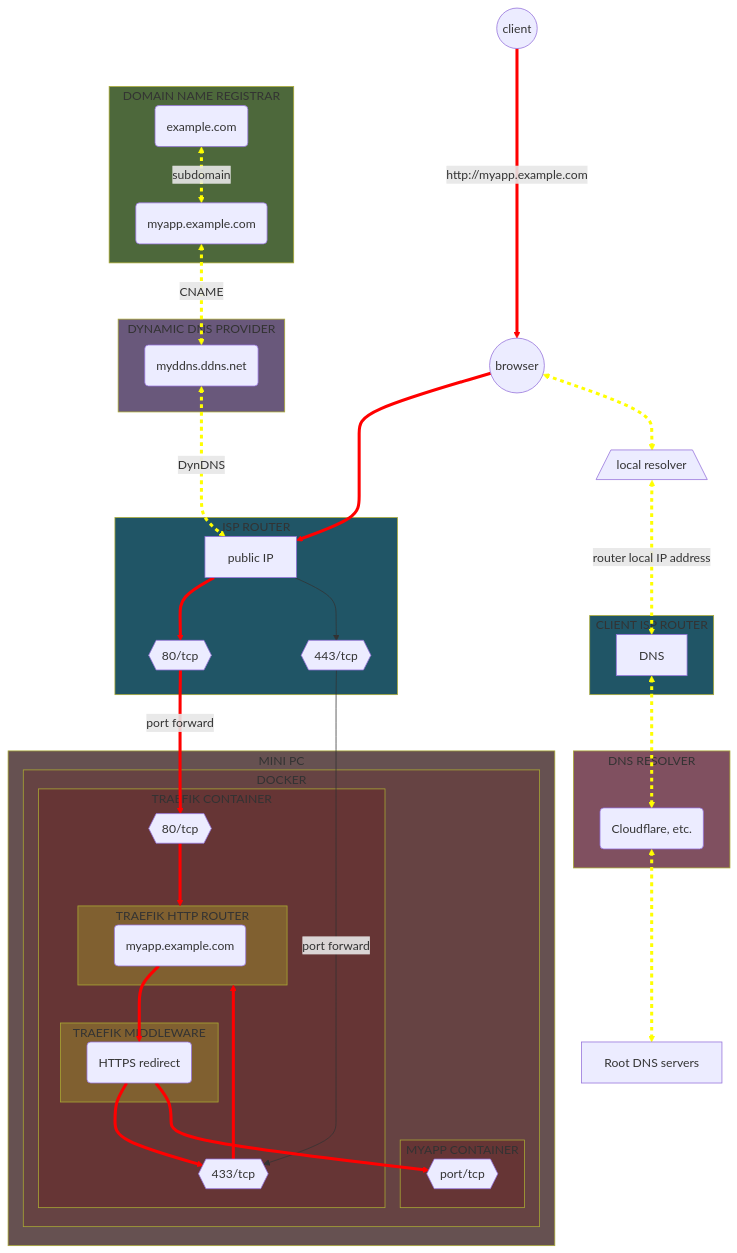
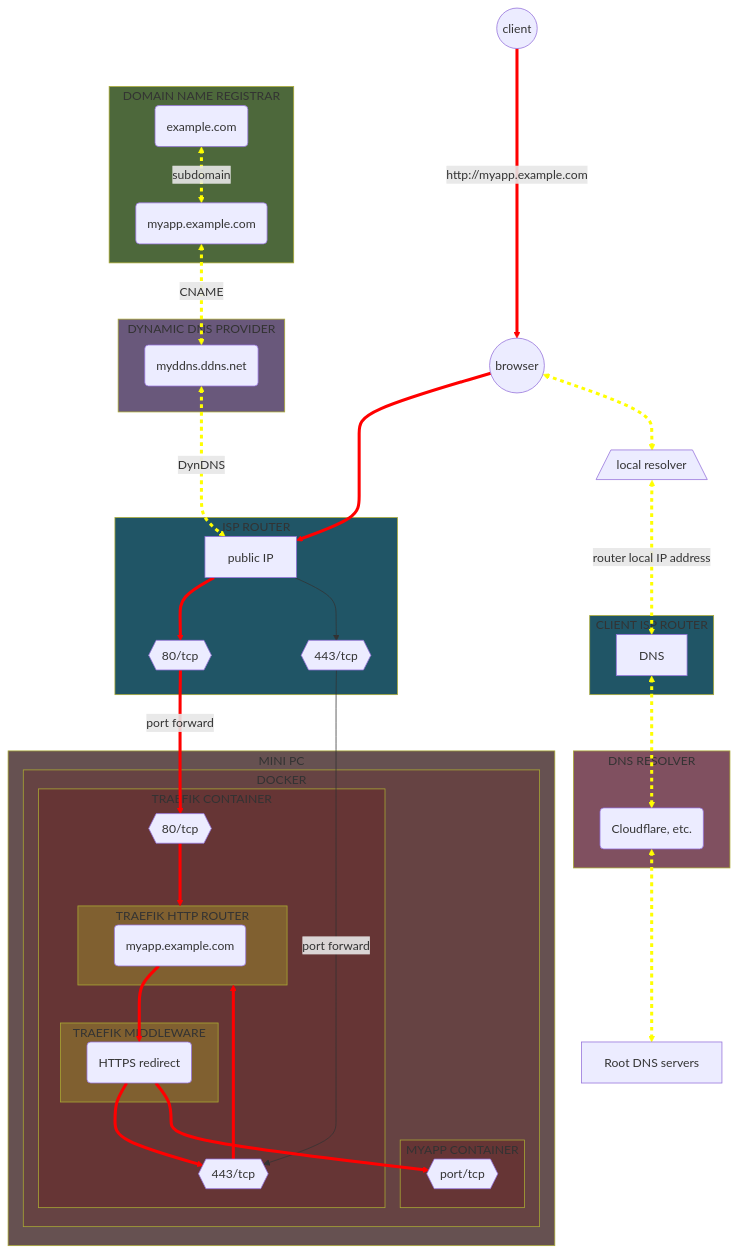
The eighth of 17 diagrams in README.md (Yann39/self-hosted-n100), drawn with Mermaid before and after one commit. The commit also changed other lines of this file and 2 other files, not shown here.

Commit message:
updated diagrams to reflect last changes + updated homer config to add crowdsec

```diff
--- a/README.md
+++ b/README.md
@@ -2034,7 +2014,7 @@
     ROUTER_PORT80{{80/tcp}}
     ROUTER_PORT443{{443/tcp}}
     ROUTER2_DNS[DNS]
-    DOCKER_TRAEFIK_PORT443{{433/tcp}}
+    DOCKER_TRAEFIK_PORT443{{443/tcp}}
     DOCKER_TRAEFIK_PORT80{{80/tcp}}
     DOCKER_MYAPP_PORT{{port/tcp}}
     TRAEFIK_ROUTER_MYAPP(myapp.example.com)
```
